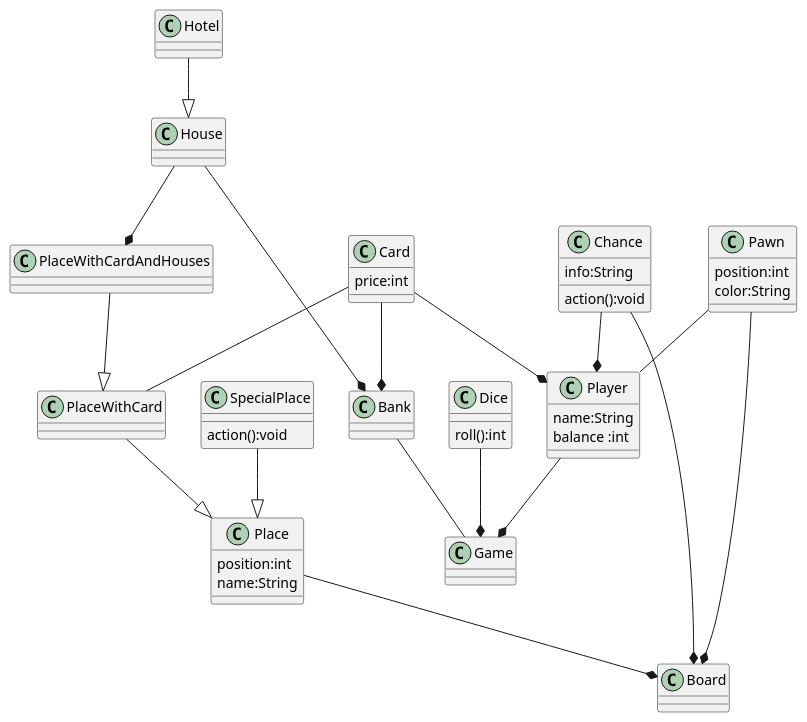
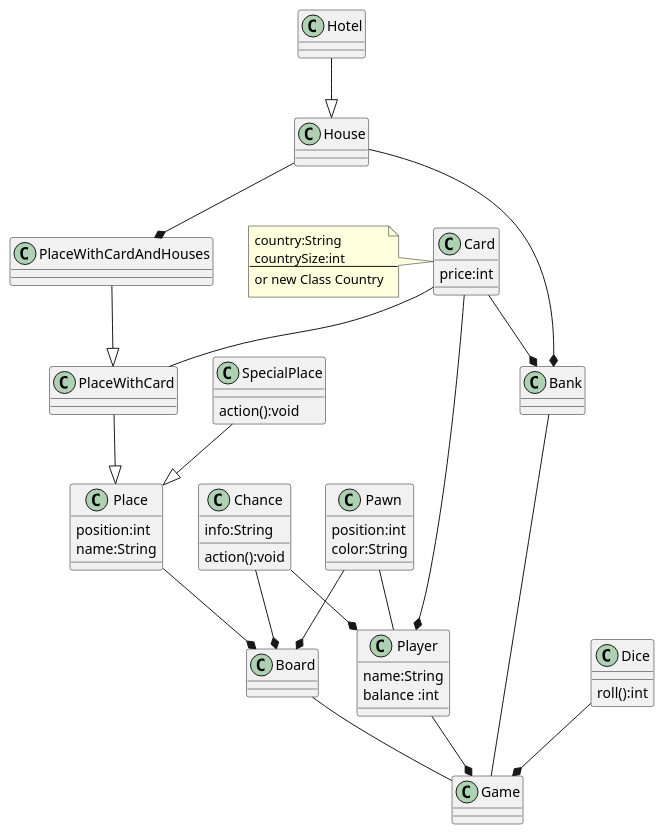
Before and after one commit to kpodlaski/ProjObj2019: the diagram in zaoczne/gr2/monopoly/class_diagram.plantuml, drawn with PlantUML. The commit also changed 2 other files, not shown here.

```diff
--- a/zaoczne/gr2/monopoly/class_diagram.plantuml
+++ b/zaoczne/gr2/monopoly/class_diagram.plantuml
@@ -1,55 +1,62 @@
 @startuml
 
 class Game{}
 class Player{
     name:String
     balance :int
 }
 class Bank{}
 class Board{}
 class Place{
     position:int
     name:String
 }
 class Pawn{
     position:int
     color:String
 }
 class Dice{
     roll():int
 }
 class Card{
     price:int
 }
+note left    
+    country:String
+    countrySize:int
+    ---
+    or new Class Country
+end note
 class Chance{
     info:String
     action():void
 }
 class House{}
 class Hotel{}
 class PlaceWithCard{}
 class PlaceWithCardAndHouses{}
 class SpecialPlace{
     action():void
 }
 
 
 Player --* Game
 Pawn -- Player
 Pawn --* Board
 Dice --* Game
 Bank -- Game
+Board -- Game
 Place --* Board
 Card -- PlaceWithCard
 Chance --* Board
 Card --* Player
 Card --* Bank
 Chance --* Player 
 House --* Bank
 House --* PlaceWithCardAndHouses
 Hotel --|> House
 PlaceWithCard --|> Place
 PlaceWithCardAndHouses --|> PlaceWithCard
 SpecialPlace --|>Place
 
 @enduml
```
